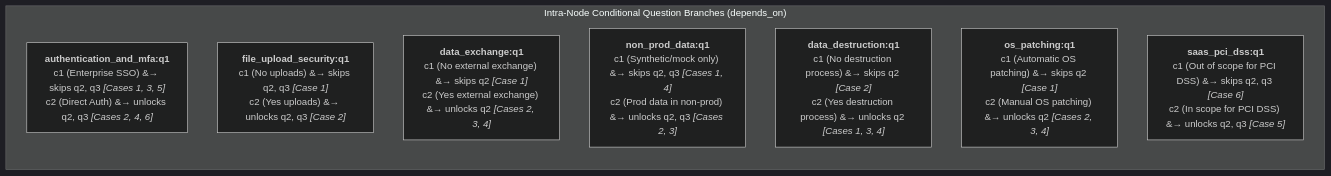
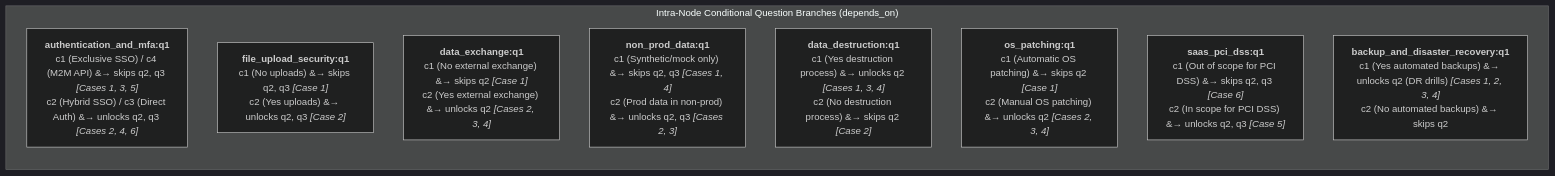
One commit to darckcerberus-beep/ciso-assistant changed the second of 2 diagrams in docs/appsec_manual_conditional_ig_graph.md. Above: the diagram before and after it, drawn with Mermaid (dark theme). The commit also changed 26 other files, not shown here.

````diff
--- a/docs/appsec_manual_conditional_ig_graph.md
+++ b/docs/appsec_manual_conditional_ig_graph.md
@@ -116,13 +116,14 @@
 ```mermaid
 flowchart LR
     subgraph IntraNode ["Intra-Node Conditional Question Branches (depends_on)"]
         direction TB
-        A["<b>authentication_and_mfa:q1</b><br/>c1 (Enterprise SSO) &#8594; skips q2, q3 <i>[Cases 1, 3, 5]</i><br/>c2 (Direct Auth) &#8594; unlocks q2, q3 <i>[Cases 2, 4, 6]</i>"]
+        A["<b>authentication_and_mfa:q1</b><br/>c1 (Exclusive SSO) / c4 (M2M API) &#8594; skips q2, q3 <i>[Cases 1, 3, 5]</i><br/>c2 (Hybrid SSO) / c3 (Direct Auth) &#8594; unlocks q2, q3 <i>[Cases 2, 4, 6]</i>"]
         B["<b>file_upload_security:q1</b><br/>c1 (No uploads) &#8594; skips q2, q3 <i>[Case 1]</i><br/>c2 (Yes uploads) &#8594; unlocks q2, q3 <i>[Case 2]</i>"]
         C["<b>data_exchange:q1</b><br/>c1 (No external exchange) &#8594; skips q2 <i>[Case 1]</i><br/>c2 (Yes external exchange) &#8594; unlocks q2 <i>[Cases 2, 3, 4]</i>"]
         D["<b>non_prod_data:q1</b><br/>c1 (Synthetic/mock only) &#8594; skips q2, q3 <i>[Cases 1, 4]</i><br/>c2 (Prod data in non-prod) &#8594; unlocks q2, q3 <i>[Cases 2, 3]</i>"]
-        E["<b>data_destruction:q1</b><br/>c1 (No destruction process) &#8594; skips q2 <i>[Case 2]</i><br/>c2 (Yes destruction process) &#8594; unlocks q2 <i>[Cases 1, 3, 4]</i>"]
+        E["<b>data_destruction:q1</b><br/>c1 (Yes destruction process) &#8594; unlocks q2 <i>[Cases 1, 3, 4]</i><br/>c2 (No destruction process) &#8594; skips q2 <i>[Case 2]</i>"]
         F["<b>os_patching:q1</b><br/>c1 (Automatic OS patching) &#8594; skips q2 <i>[Case 1]</i><br/>c2 (Manual OS patching) &#8594; unlocks q2 <i>[Cases 2, 3, 4]</i>"]
         G["<b>saas_pci_dss:q1</b><br/>c1 (Out of scope for PCI DSS) &#8594; skips q2, q3 <i>[Case 6]</i><br/>c2 (In scope for PCI DSS) &#8594; unlocks q2, q3 <i>[Case 5]</i>"]
+        H["<b>backup_and_disaster_recovery:q1</b><br/>c1 (Yes automated backups) &#8594; unlocks q2 (DR drills) <i>[Cases 1, 2, 3, 4]</i><br/>c2 (No automated backups) &#8594; skips q2"]
     end
 ```
````
